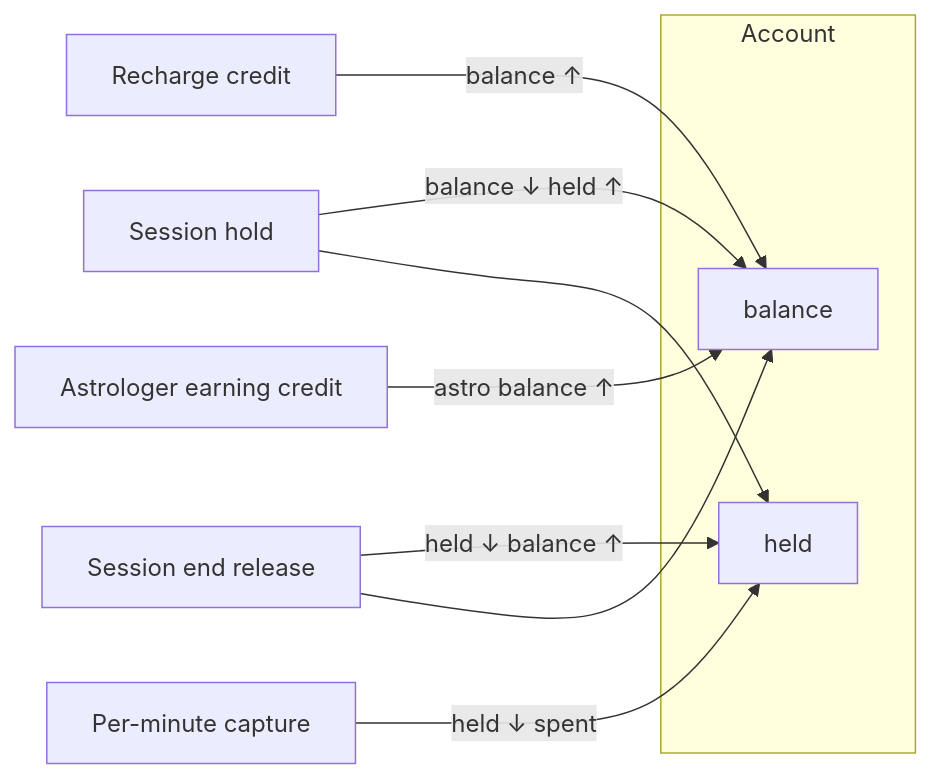
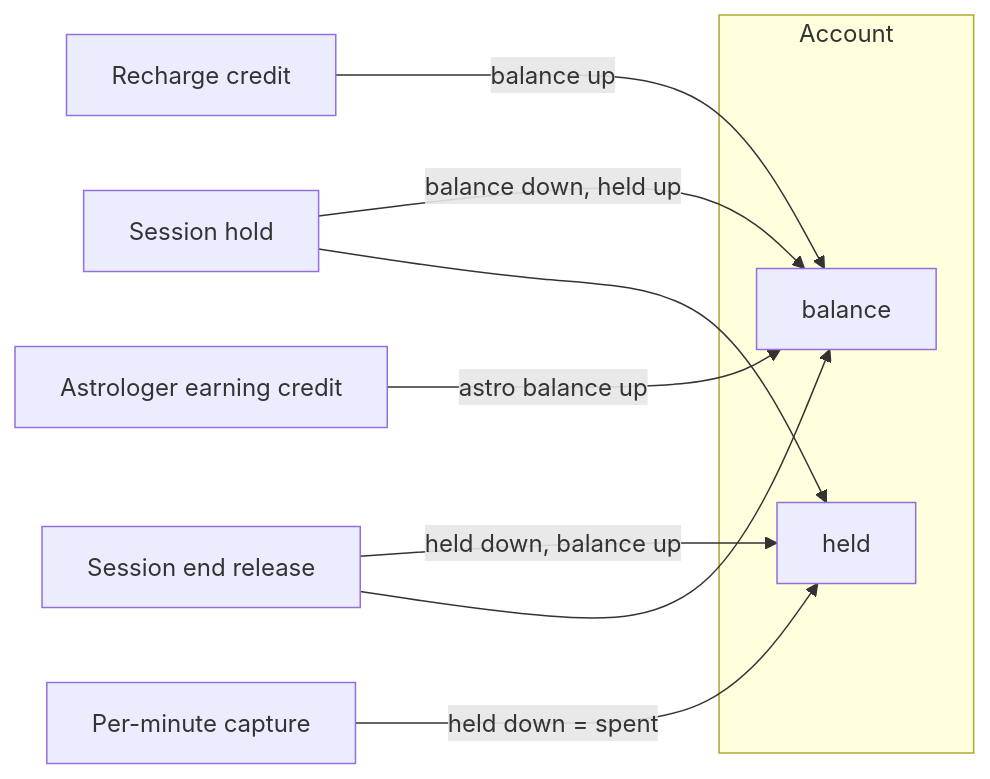
Before and after one commit to unib0ts/astro-ub: the third of 9 diagrams in docs/architecture/02-wallet-state-machine.md, drawn with Mermaid. The commit also changed other lines of this file and 2 other files, not shown here.

First line of the commit message:
Fix Mermaid diagrams on GitHub Pages.

````diff
--- a/docs/architecture/02-wallet-state-machine.md
+++ b/docs/architecture/02-wallet-state-machine.md
@@ -80,15 +80,15 @@
 ```mermaid
 flowchart LR
   subgraph Account
     B[balance]
     H[held]
   end
 
-  R[Recharge credit] -->|balance ↑| B
-  S[Session hold] -->|balance ↓ held ↑| B
+  R[Recharge credit] -->|"balance up"| B
+  S[Session hold] -->|"balance down, held up"| B
   S --> H
-  C[Per-minute capture] -->|held ↓ spent| H
-  E[Session end release] -->|held ↓ balance ↑| H
+  C[Per-minute capture] -->|"held down = spent"| H
+  E[Session end release] -->|"held down, balance up"| H
   E --> B
-  P[Astrologer earning credit] -->|astro balance ↑| B
+  P[Astrologer earning credit] -->|"astro balance up"| B
 ```
````
